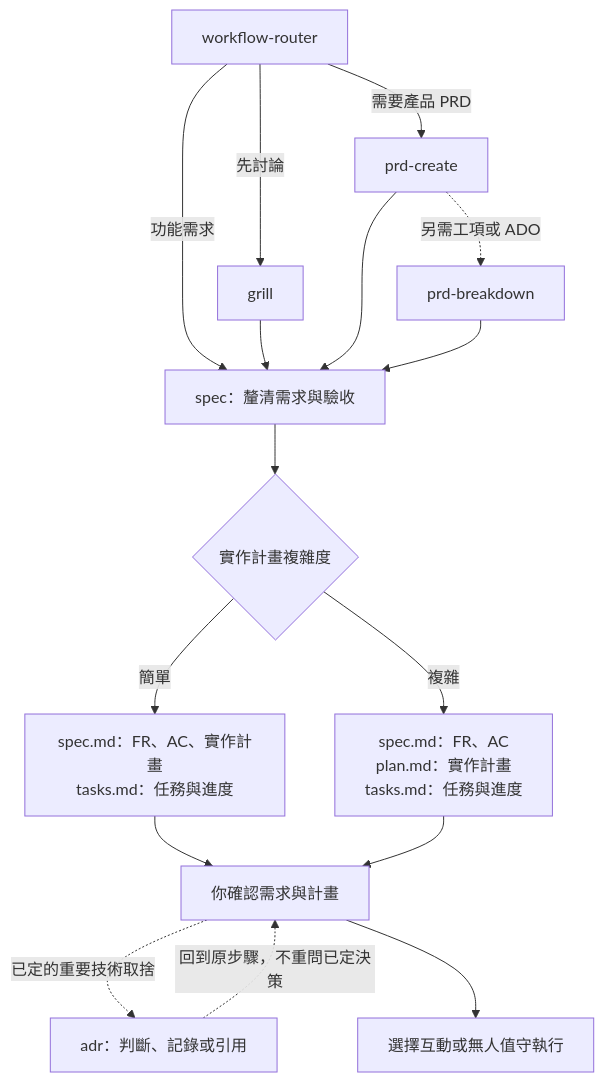
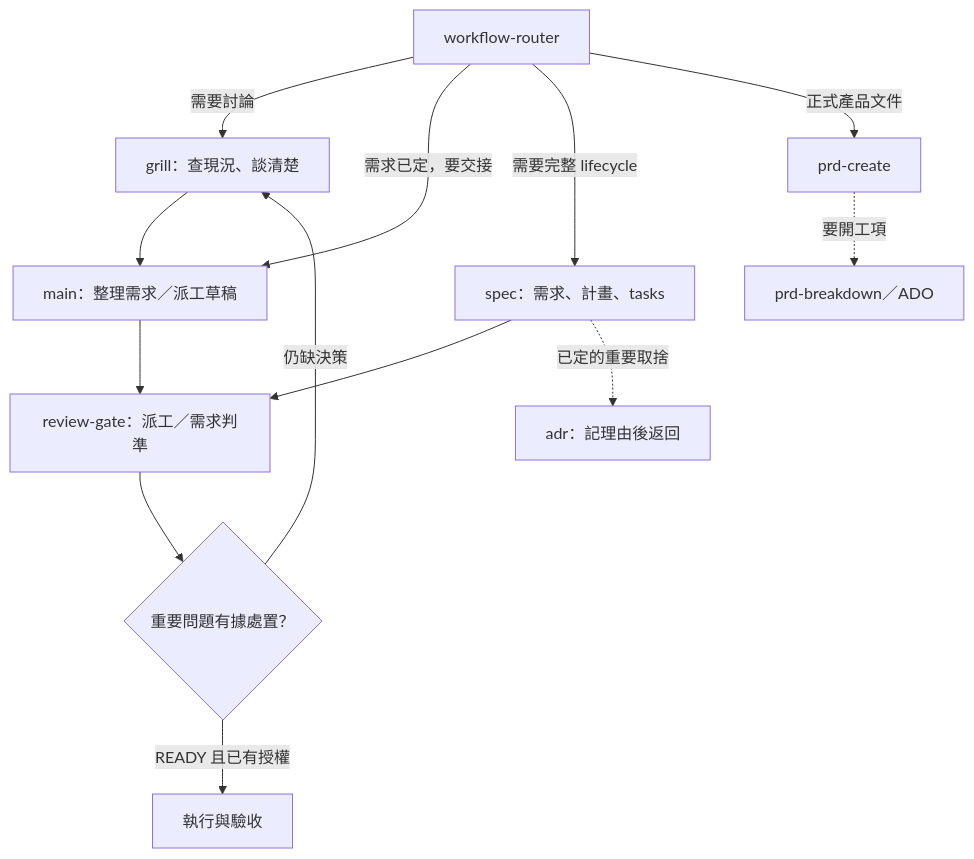
The first of 2 diagrams in workflow-router/docs/workflow.md (KerberosClaw/kc_ai_skills), drawn with Mermaid before and after one commit. The commit also changed other lines of this file and 23 other files, not shown here.

````diff
--- a/workflow-router/docs/workflow.md
+++ b/workflow-router/docs/workflow.md
@@ -25,19 +25,15 @@
 ```mermaid
 flowchart TD
-    R["workflow-router"] -->|功能需求| S["spec：釐清需求與驗收"]
-    R -->|先討論| GR["grill"]
-    GR --> S
-    R -->|需要產品 PRD| P["prd-create"]
-    P --> S
-    P -.->|另需工項或 ADO| B["prd-breakdown"]
-    B --> S
-
-    S --> D{"實作計畫複雜度"}
-    D -->|簡單| SP["spec.md：FR、AC、實作計畫<br/>tasks.md：任務與進度"]
-    D -->|複雜| CP["spec.md：FR、AC<br/>plan.md：實作計畫<br/>tasks.md：任務與進度"]
-    SP --> C["你確認需求與計畫"]
-    CP --> C
-    C -.->|已定的重要技術取捨| AD["adr：判斷、記錄或引用"]
-    AD -.->|回到原步驟，不重問已定決策| C
-    C --> E["選擇互動或無人值守執行"]
+    R["workflow-router"] -->|需要討論| GR["grill：查現況、談清楚"]
+    GR --> D["main：整理需求／派工草稿"]
+    R -->|需求已定，要交接| D
+    D --> RV["review-gate：派工／需求判準"]
+    RV --> C{"重要問題有據處置？"}
+    C -->|仍缺決策| GR
+    C -->|READY 且已有授權| E["執行與驗收"]
+    R -->|需要完整 lifecycle| S["spec：需求、計畫、tasks"]
+    S --> RV
+    R -->|正式產品文件| P["prd-create"]
+    P -.->|要開工項| B["prd-breakdown／ADO"]
+    S -.->|已定的重要取捨| AD["adr：記理由後返回"]
 ```
````
